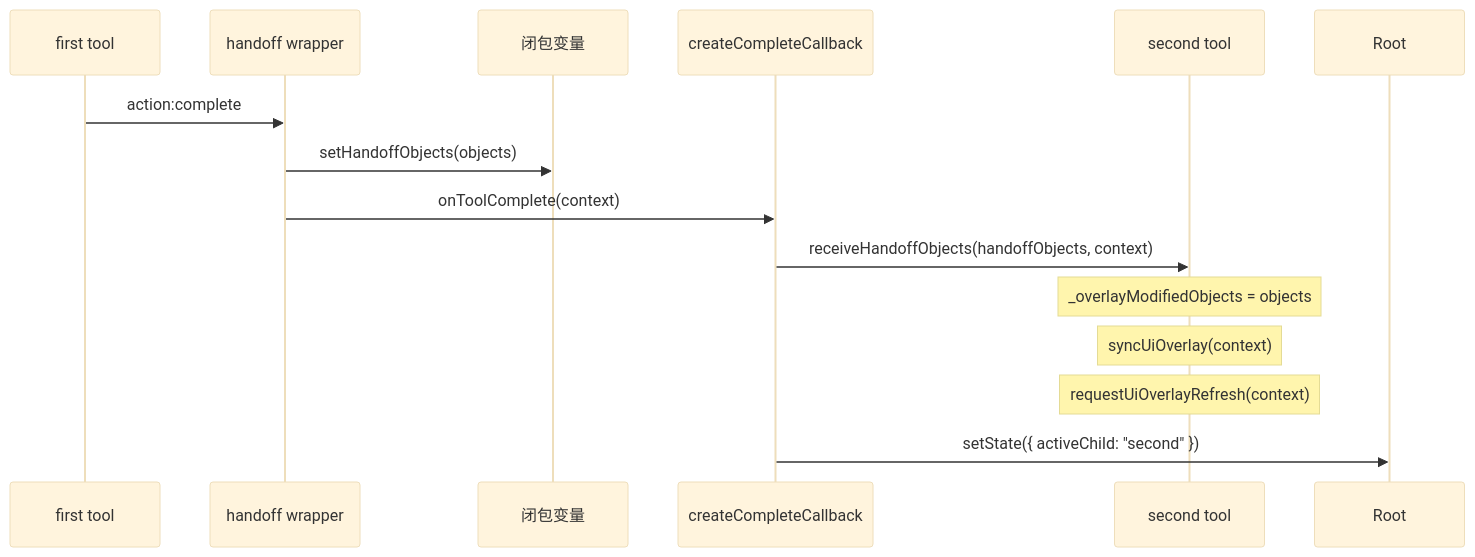
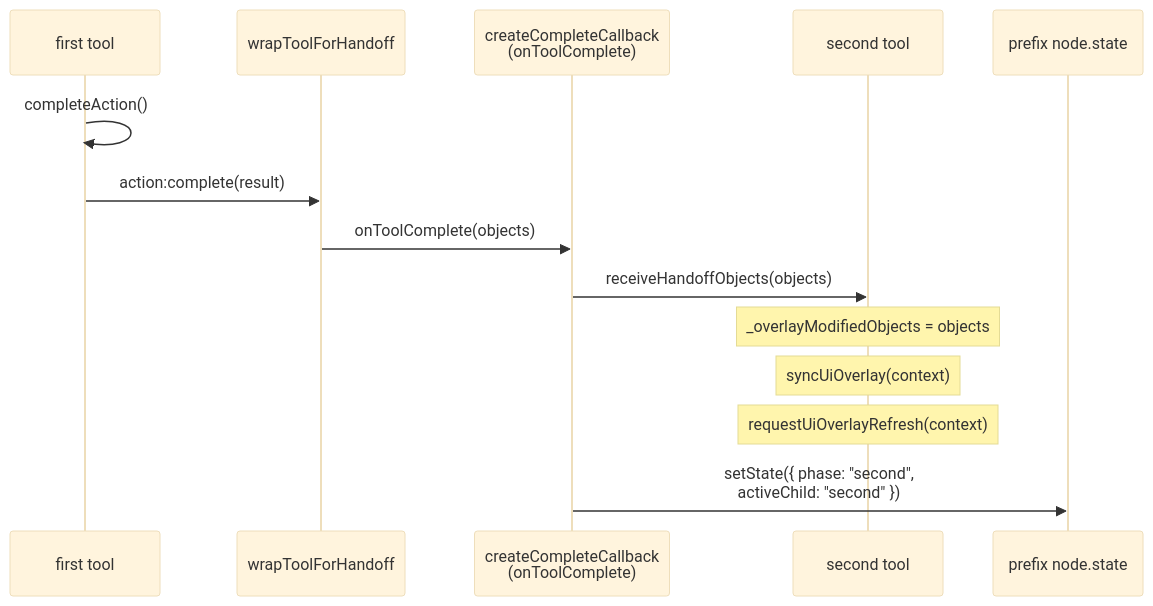
The second of 3 diagrams in src/core/ui-thread/devices-dag/prefixes/docs/handoff-handler-document.md (Frank-Steven/HoundWhiteboard), drawn with Mermaid (base theme) before and after one commit. The commit also changed other lines of this file and 16 other files, not shown here.

First line of the commit message:
refactor(dag): 移除 handoff 闭包数据存储，tool node.state 作为唯一真相源

````diff
--- a/src/core/ui-thread/devices-dag/prefixes/docs/handoff-handler-document.md
+++ b/src/core/ui-thread/devices-dag/prefixes/docs/handoff-handler-document.md
@@ -43,17 +47,17 @@
 ```mermaid
 sequenceDiagram
     participant First as first tool
-    participant Wrapper as handoff wrapper
-    participant Closure as 闭包变量
-    participant Cb as createCompleteCallback
+    participant Wrap as wrapToolForHandoff
+    participant Cb as createCompleteCallback<br/>(onToolComplete)
     participant Second as second tool
+    participant Prefix as prefix node.state
 
-    First->>Wrapper: action:complete
-    Wrapper->>Closure: setHandoffObjects(objects)
-    Wrapper->>Cb: onToolComplete(context)
-    Cb->>Second: receiveHandoffObjects(handoffObjects, context)
+    First->>First: completeAction()
+    First->>Wrap: action:complete(result)
+    Wrap->>Cb: onToolComplete(objects)
+    Cb->>Second: receiveHandoffObjects(objects)
     Note over Second: _overlayModifiedObjects = objects
     Note over Second: syncUiOverlay(context)
     Note over Second: requestUiOverlayRefresh(context)
-    Cb->>Root: setState({ activeChild: "second" })
+    Cb->>Prefix: setState({ phase: "second",<br/>activeChild: "second" })
 ```
````
